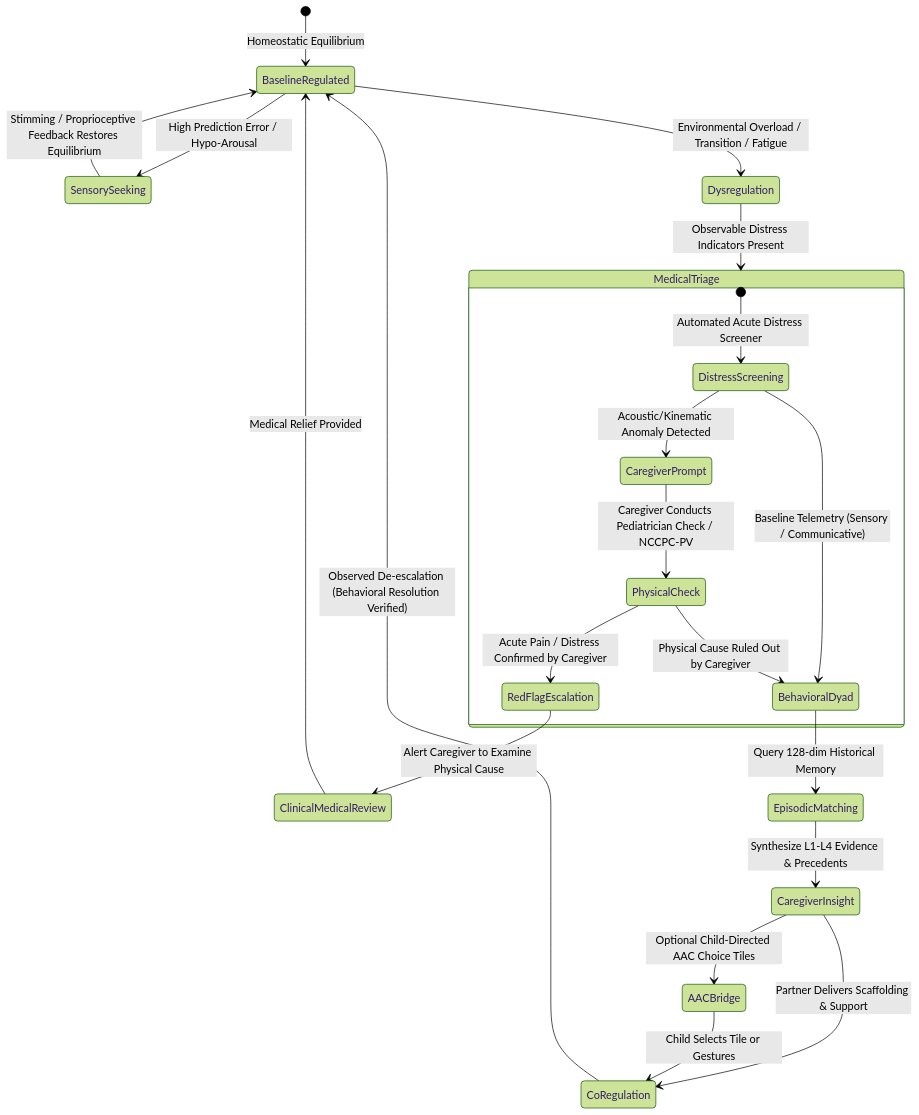
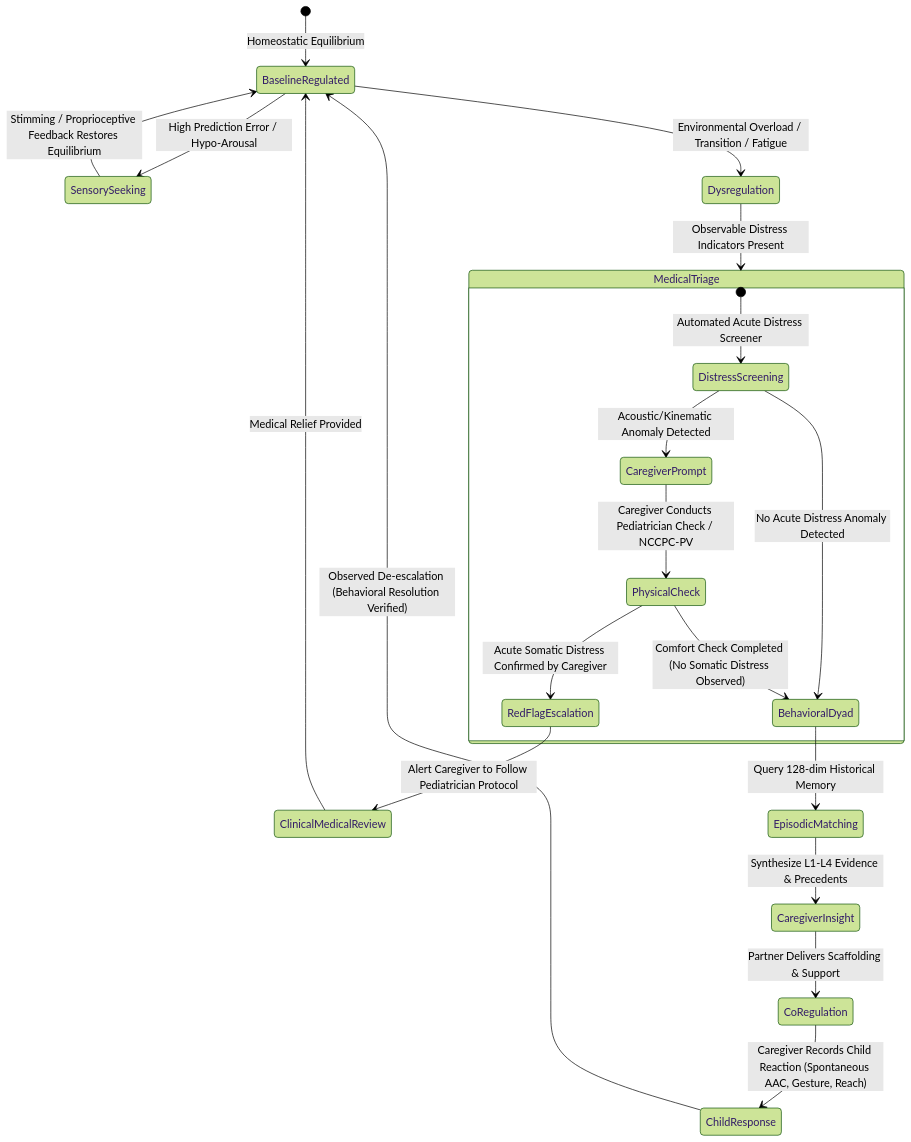
The third of 4 diagrams in docs/WHITE_PAPER.md (olostan/project_n), drawn with Mermaid (forest theme) before and after one commit. The commit also changed other lines of this file and 10 other files, not shown here.

````diff
--- a/docs/WHITE_PAPER.md
+++ b/docs/WHITE_PAPER.md
@@ -152,29 +152,28 @@
 ```mermaid
 stateDiagram-v2
     [*] --> BaselineRegulated: Homeostatic Equilibrium
 
     BaselineRegulated --> SensorySeeking: High Prediction Error / Hypo-Arousal
     SensorySeeking --> BaselineRegulated: Stimming / Proprioceptive Feedback Restores Equilibrium
 
     BaselineRegulated --> Dysregulation: Environmental Overload / Transition / Fatigue
     Dysregulation --> MedicalTriage: Observable Distress Indicators Present
 
     state MedicalTriage {
         [*] --> DistressScreening: Automated Acute Distress Screener
         DistressScreening --> CaregiverPrompt: Acoustic/Kinematic Anomaly Detected
-        DistressScreening --> BehavioralDyad: Baseline Telemetry (Sensory / Communicative)
+        DistressScreening --> BehavioralDyad: No Acute Distress Anomaly Detected
         CaregiverPrompt --> PhysicalCheck: Caregiver Conducts Pediatrician Check / NCCPC-PV
-        PhysicalCheck --> RedFlagEscalation: Acute Pain / Distress Confirmed by Caregiver
-        PhysicalCheck --> BehavioralDyad: Physical Cause Ruled Out by Caregiver
+        PhysicalCheck --> RedFlagEscalation: Acute Somatic Distress Confirmed by Caregiver
+        PhysicalCheck --> BehavioralDyad: Comfort Check Completed (No Somatic Distress Observed)
     }
 
-    RedFlagEscalation --> ClinicalMedicalReview: Alert Caregiver to Examine Physical Cause
+    RedFlagEscalation --> ClinicalMedicalReview: Alert Caregiver to Follow Pediatrician Protocol
     ClinicalMedicalReview --> BaselineRegulated: Medical Relief Provided
 
     BehavioralDyad --> EpisodicMatching: Query 128-dim Historical Memory
     EpisodicMatching --> CaregiverInsight: Synthesize L1-L4 Evidence & Precedents
     CaregiverInsight --> CoRegulation: Partner Delivers Scaffolding & Support
-    CaregiverInsight --> AACBridge: Optional Child-Directed AAC Choice Tiles
-    AACBridge --> CoRegulation: Child Selects Tile or Gestures
-    CoRegulation --> BaselineRegulated: Observed De-escalation (Behavioral Resolution Verified)
+    CoRegulation --> ChildResponse: Caregiver Records Child Reaction (Spontaneous AAC, Gesture, Reach)
+    ChildResponse --> BaselineRegulated: Observed De-escalation (Behavioral Resolution Verified)
 ```
````
